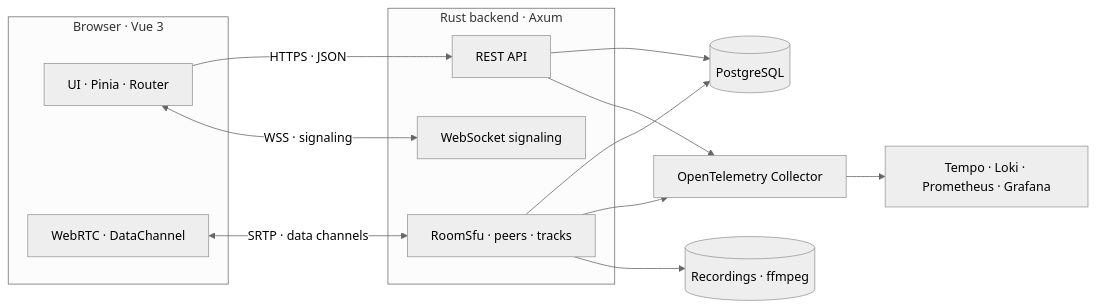
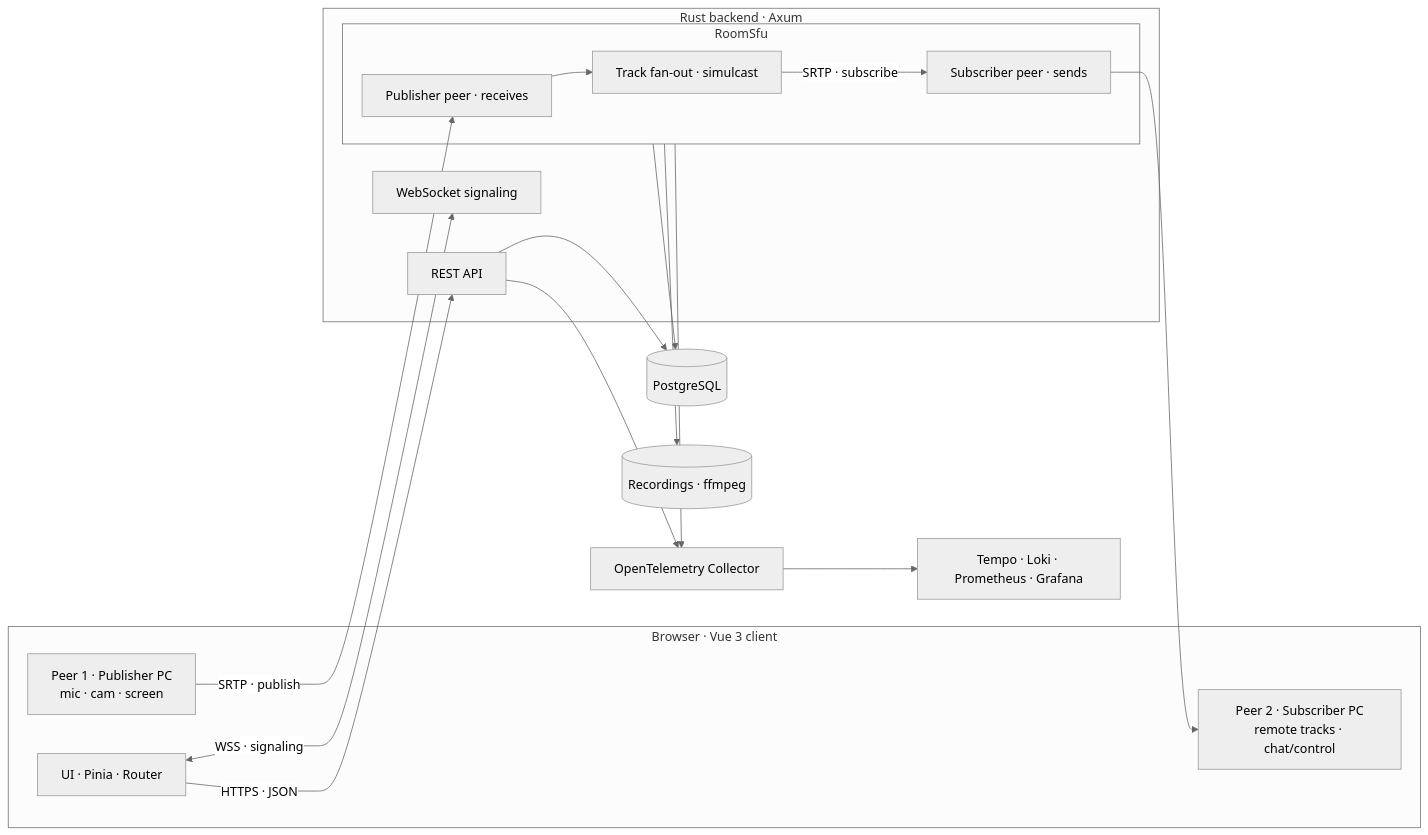
Before and after one commit to marfanr/orvix: the diagram in README.md, drawn with Mermaid (neutral theme). The commit also changed other lines of this file, not shown here.

Commit message:
chore: update  mermaid on readme

````diff
--- a/README.md
+++ b/README.md
@@ -137,28 +137,36 @@
 ```mermaid
 flowchart LR
-    subgraph Browser["Browser · Vue 3"]
+    subgraph Browser["Browser · Vue 3 client"]
         UI["UI · Pinia · Router"]
-        RTC["WebRTC · DataChannel"]
+        PUB["Peer 1 · Publisher PC<br/>mic · cam · screen"]
+        SUB["Peer 2 · Subscriber PC<br/>remote tracks · chat/control"]
     end
 
     subgraph Backend["Rust backend · Axum"]
         API["REST API"]
         WS["WebSocket signaling"]
-        SFU["RoomSfu · peers · tracks"]
+        subgraph SFU["RoomSfu"]
+            PP["Publisher peer · receives"]
+            SP["Subscriber peer · sends"]
+            TR["Track fan-out · simulcast"]
+        end
     end
 
     DB[("PostgreSQL")]
     REC[("Recordings · ffmpeg")]
     OTEL["OpenTelemetry Collector"]
     OBS["Tempo · Loki · Prometheus · Grafana"]
 
     UI -->|"HTTPS · JSON"| API
     UI <-->|"WSS · signaling"| WS
-    RTC <-->|"SRTP · data channels"| SFU
+    PUB -->|"SRTP · publish"| PP
+    PP --> TR
+    TR -->|"SRTP · subscribe"| SP
+    SP --> SUB
     API --> DB
     SFU --> DB
     API --> OTEL
     SFU --> OTEL
     SFU --> REC
     OTEL --> OBS
 ```
````
